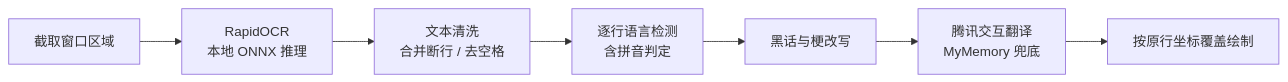
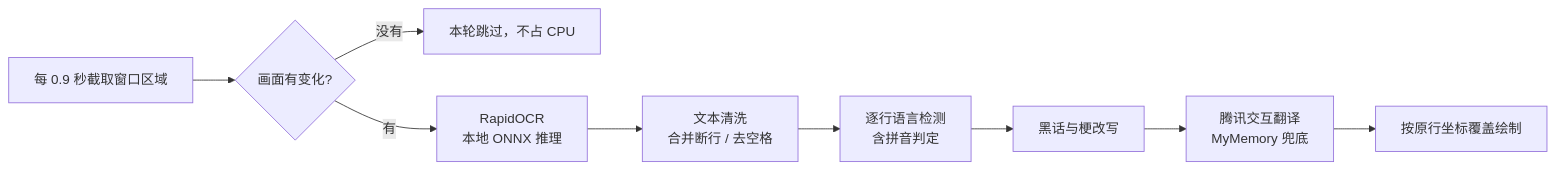
One commit to sosa6697/translation-tools changed the diagram in README.md. Above: the diagram before and after it, drawn with Mermaid. The commit also changed other lines of this file and 4 other files, not shown here.

````diff
--- a/README.md
+++ b/README.md
@@ -123,9 +153,11 @@
 ```mermaid
 flowchart LR
-    A[截取窗口区域] --> B[RapidOCR<br>本地 ONNX 推理]
+    A[每 0.9 秒截取窗口区域] --> H{画面有变化?}
+    H -- 没有 --> X[本轮跳过，不占 CPU]
+    H -- 有 --> B[RapidOCR<br>本地 ONNX 推理]
     B --> C[文本清洗<br>合并断行 / 去空格]
     C --> D[逐行语言检测<br>含拼音判定]
     D --> E[黑话与梗改写]
     E --> F[腾讯交互翻译<br>MyMemory 兜底]
     F --> G[按原行坐标覆盖绘制]
 ```
````
